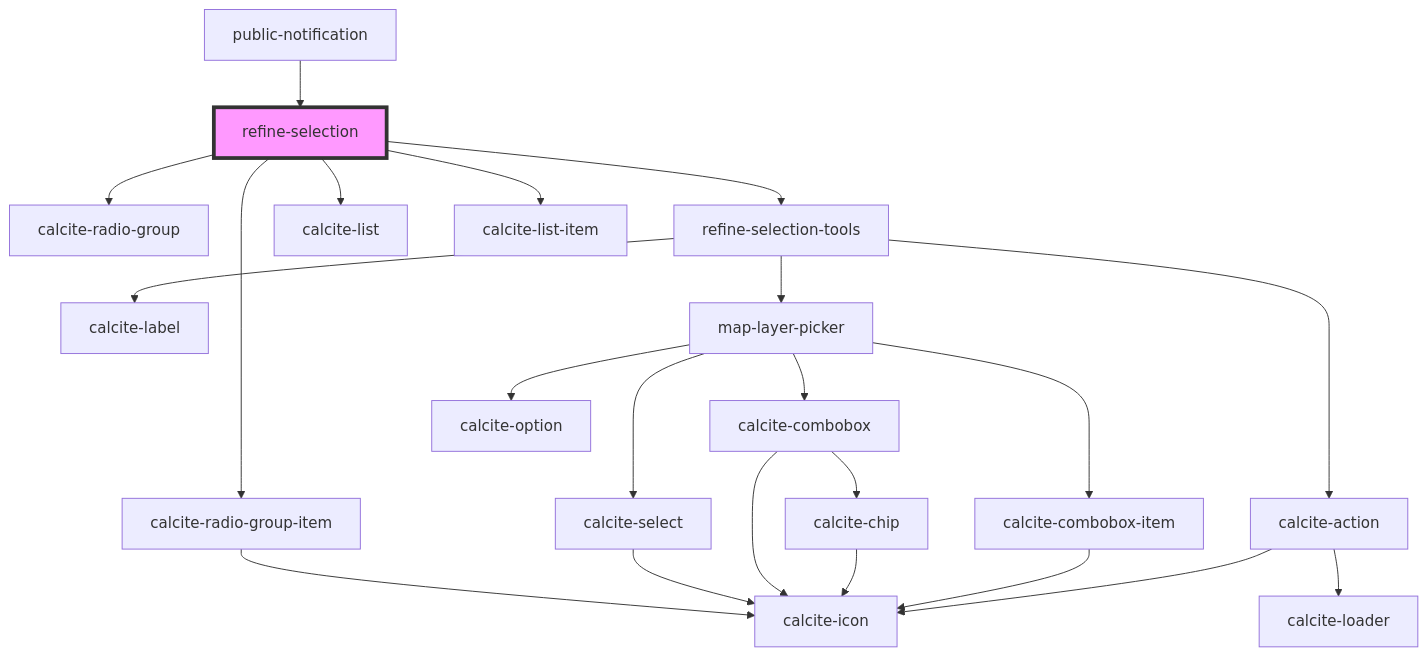
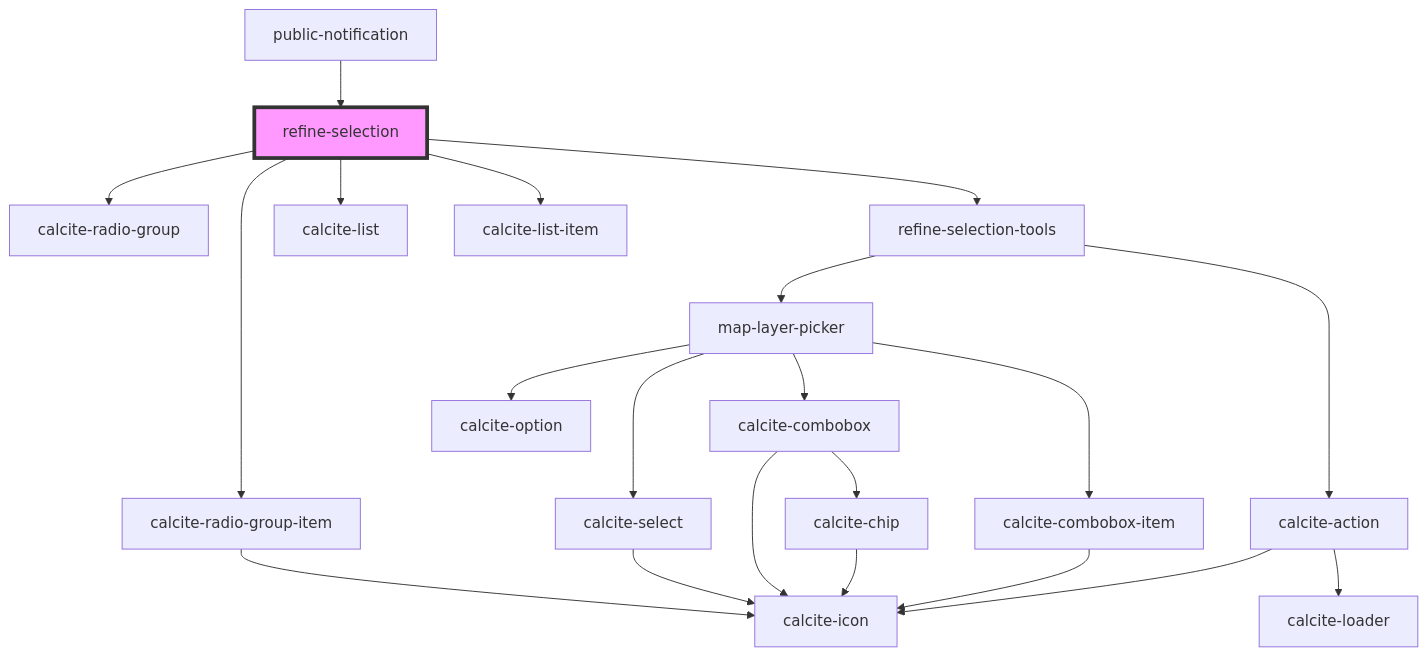
Before and after one commit to Esri/solutions-components: the diagram in src/components/refine-selection/readme.md, drawn with Mermaid. The commit also changed 13 other files, not shown here.

````diff
--- a/src/components/refine-selection/readme.md
+++ b/src/components/refine-selection/readme.md
@@ -39,25 +39,24 @@
 ```mermaid
 graph TD;
   refine-selection --> calcite-radio-group
   refine-selection --> calcite-radio-group-item
   refine-selection --> refine-selection-tools
   refine-selection --> calcite-list
   refine-selection --> calcite-list-item
   calcite-radio-group-item --> calcite-icon
-  refine-selection-tools --> calcite-label
   refine-selection-tools --> map-layer-picker
   refine-selection-tools --> calcite-action
   map-layer-picker --> calcite-select
   map-layer-picker --> calcite-combobox
   map-layer-picker --> calcite-combobox-item
   map-layer-picker --> calcite-option
   calcite-select --> calcite-icon
   calcite-combobox --> calcite-chip
   calcite-combobox --> calcite-icon
   calcite-chip --> calcite-icon
   calcite-combobox-item --> calcite-icon
   calcite-action --> calcite-loader
   calcite-action --> calcite-icon
   public-notification --> refine-selection
   style refine-selection fill:#f9f,stroke:#333,stroke-width:4px
 ```
````
